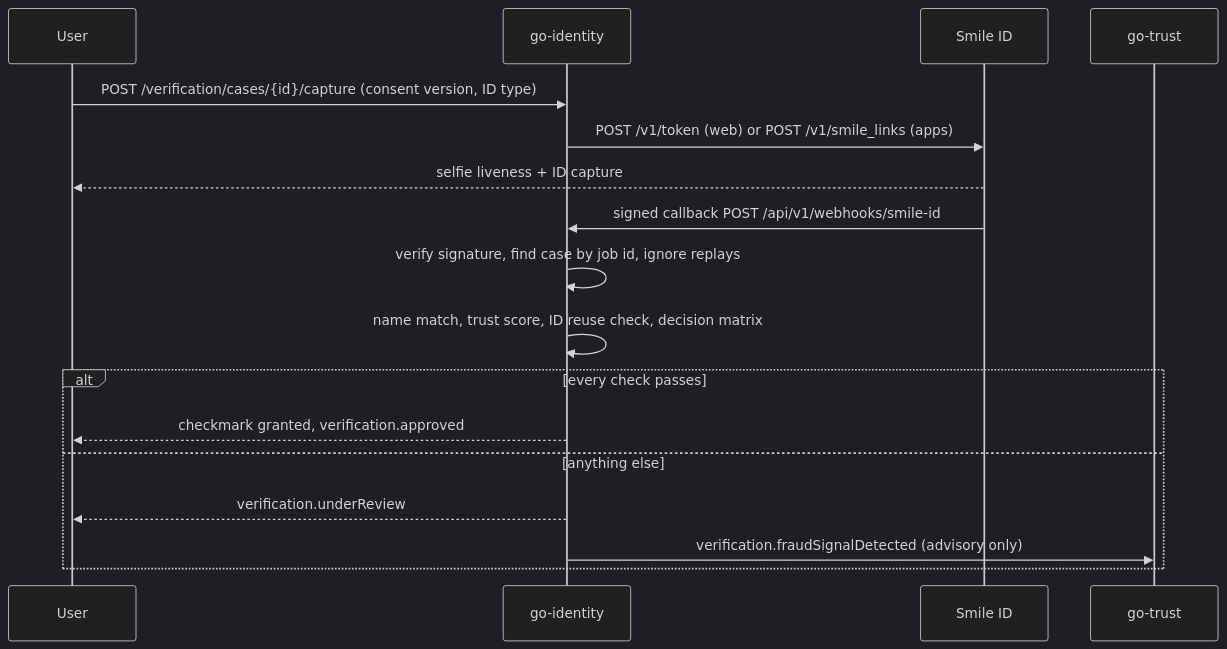
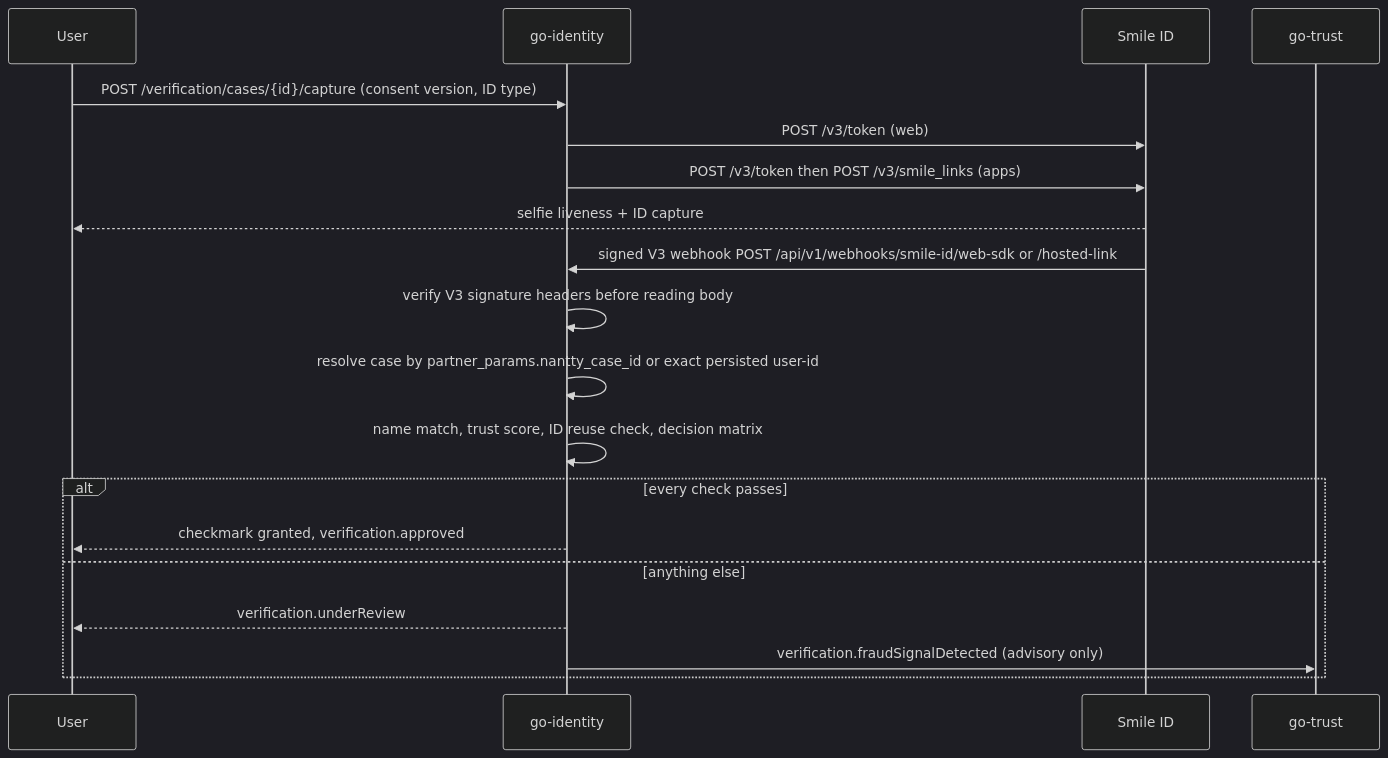
Before and after one commit to telente-technologies/nantty: the second of 3 diagrams in docs/integrations/smileId.md, drawn with Mermaid (dark theme). The commit also changed other lines of this file and 5 other files, not shown here.

````diff
--- a/docs/integrations/smileId.md
+++ b/docs/integrations/smileId.md
@@ -46,19 +97,21 @@
 ```mermaid
 sequenceDiagram
     participant U as User
     participant I as go-identity
     participant S as Smile ID
     participant T as go-trust
     U->>I: POST /verification/cases/{id}/capture (consent version, ID type)
-    I->>S: POST /v1/token (web) or POST /v1/smile_links (apps)
+    I->>S: POST /v3/token (web)
+    I->>S: POST /v3/token then POST /v3/smile_links (apps)
     S-->>U: selfie liveness + ID capture
-    S->>I: signed callback POST /api/v1/webhooks/smile-id
-    I->>I: verify signature, find case by job id, ignore replays
+    S->>I: signed V3 webhook POST /api/v1/webhooks/smile-id/web-sdk or /hosted-link
+    I->>I: verify V3 signature headers before reading body
+    I->>I: resolve case by partner_params.nantty_case_id or exact persisted user-id
     I->>I: name match, trust score, ID reuse check, decision matrix
     alt every check passes
         I-->>U: checkmark granted, verification.approved
     else anything else
         I-->>U: verification.underReview
         I->>T: verification.fraudSignalDetected (advisory only)
     end
 ```
````
